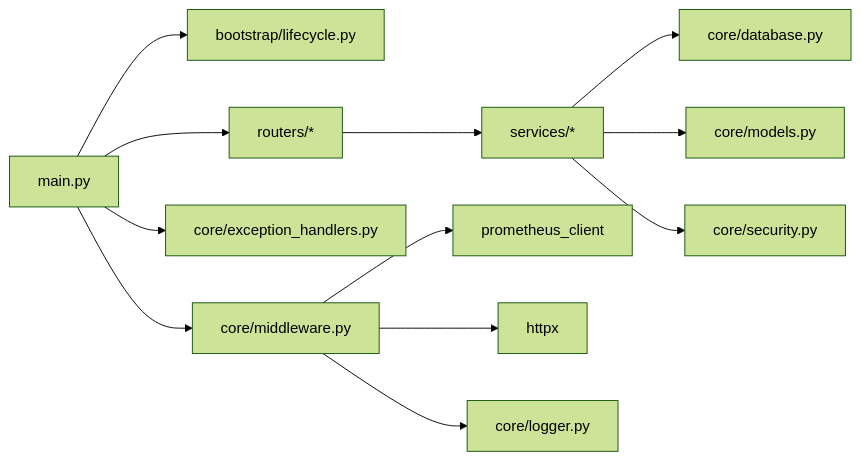
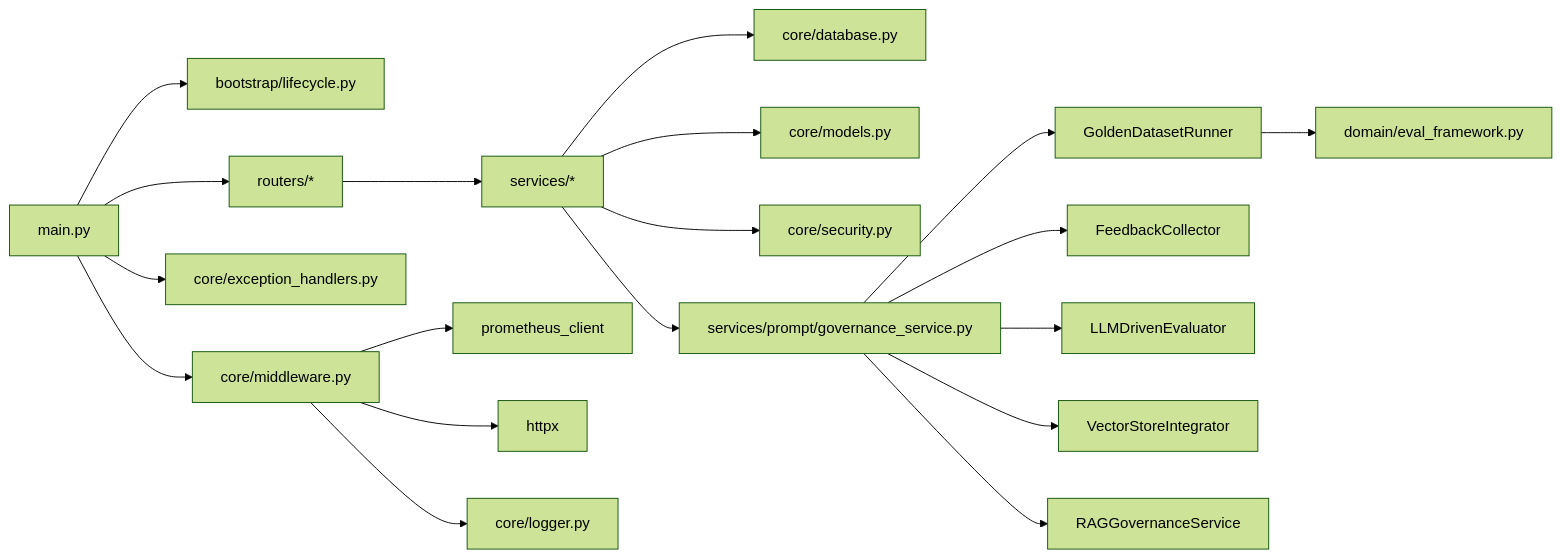
Before and after one commit to songlinhe5-lab/quant_agent: the ninth of 9 diagrams in .qoder/repowiki/zh/content/后端开发指南/后端开发指南.md, drawn with Mermaid (forest theme). The commit also changed other lines of this file and 294 other files, not shown here.

````diff
--- a/.qoder/repowiki/zh/content/后端开发指南/后端开发指南.md
+++ b/.qoder/repowiki/zh/content/后端开发指南/后端开发指南.md
@@ -333,14 +538,21 @@
 ```mermaid
 graph LR
 Main["main.py"] --> Lif["bootstrap/lifecycle.py"]
 Main --> MW["core/middleware.py"]
 Main --> EH["core/exception_handlers.py"]
 Main --> OR["routers/*"]
 OR --> SV["services/*"]
 SV --> DB["core/database.py"]
 SV --> MD["core/models.py"]
 SV --> SEC["core/security.py"]
 MW --> PR["prometheus_client"]
 MW --> LX["httpx"]
 MW --> LG["core/logger.py"]
+SV --> PG["services/prompt/governance_service.py"]
+PG --> GR["GoldenDatasetRunner"]
+PG --> FC["FeedbackCollector"]
+PG --> LE["LLMDrivenEvaluator"]
+PG --> VS["VectorStoreIntegrator"]
+PG --> RG["RAGGovernanceService"]
+GR --> EF["domain/eval_framework.py"]
 ```
````
